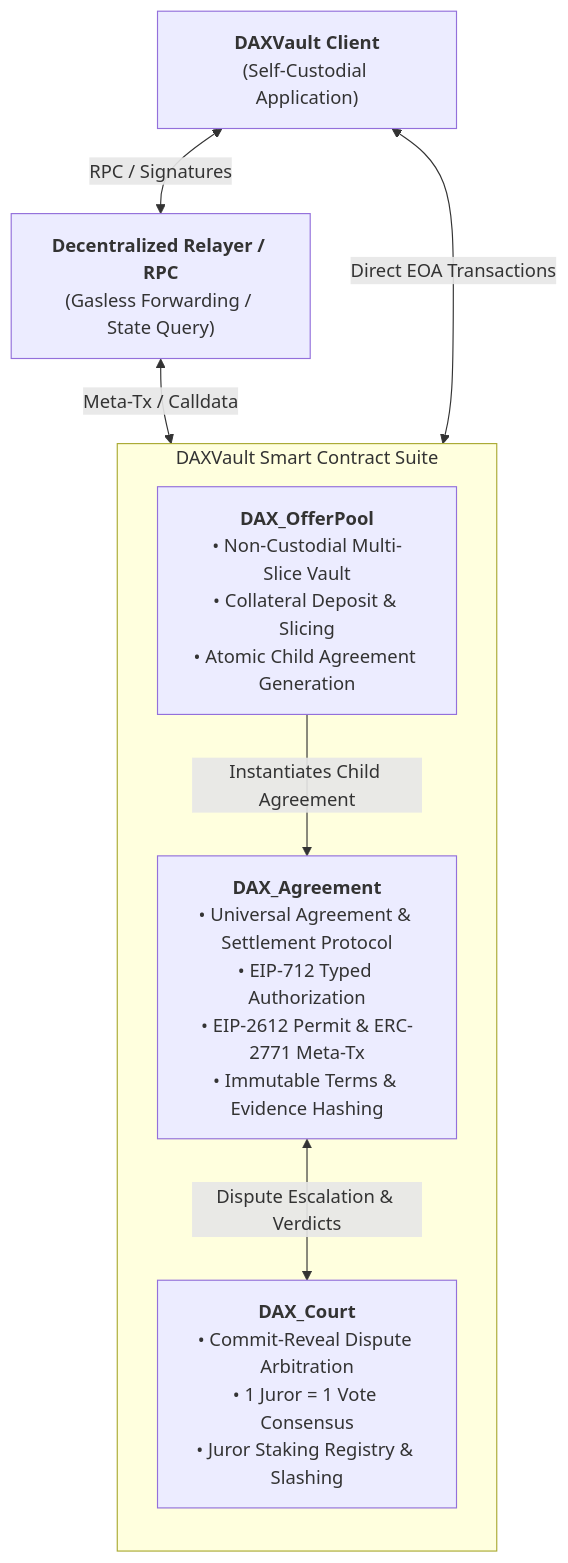
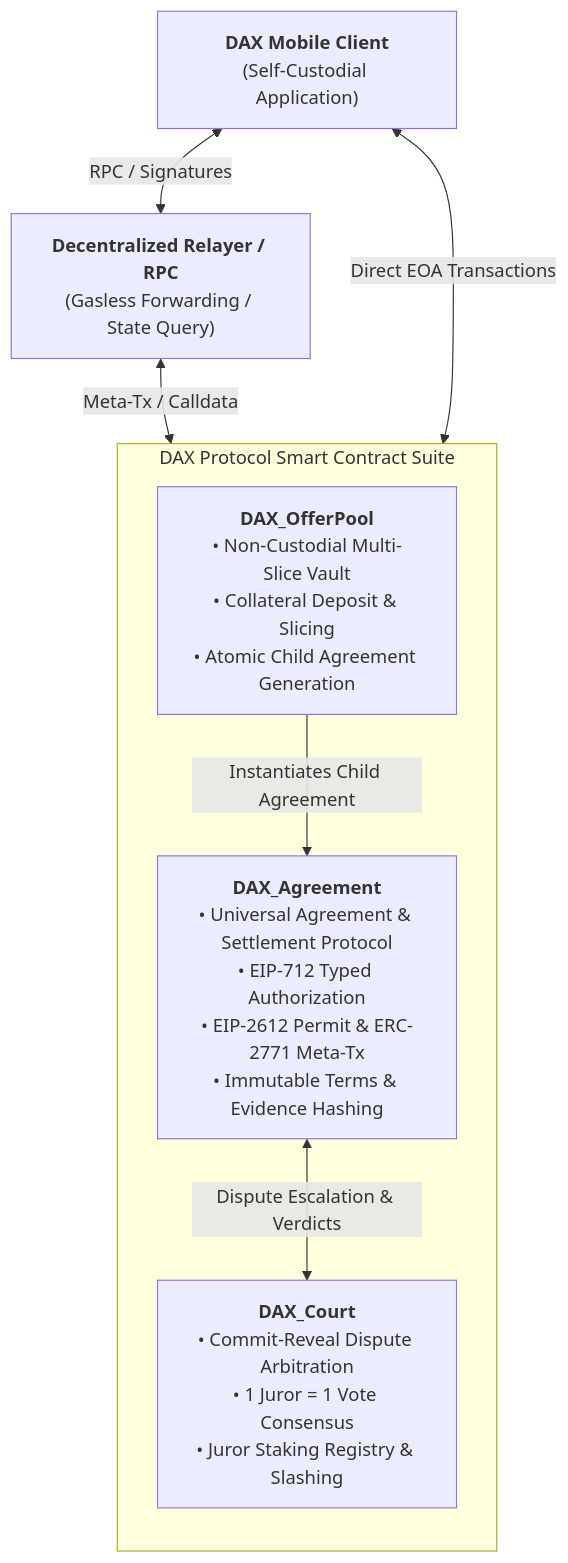
One commit to DAX-Vault/dax-contracts changed the first of 2 diagrams in README.md. Above: the diagram before and after it, drawn with Mermaid. The commit also changed other lines of this file and 1 other file, not shown here.

Commit message:
docs: rebrand all DAXVault occurrences to DAX Protocol in README and PRIVACY_POLICY

````diff
--- a/README.md
+++ b/README.md
@@ -49,19 +49,19 @@
 ```mermaid
 flowchart TD
-    subgraph Core ["DAXVault Smart Contract Suite"]
+    subgraph Core ["DAX Protocol Smart Contract Suite"]
         direction TB
         OP["<b>DAX_OfferPool</b><br/>• Non-Custodial Multi-Slice Vault<br/>• Collateral Deposit & Slicing<br/>• Atomic Child Agreement Generation"]
         AG["<b>DAX_Agreement</b><br/>• Universal Agreement & Settlement Protocol<br/>• EIP-712 Typed Authorization<br/>• EIP-2612 Permit & ERC-2771 Meta-Tx<br/>• Immutable Terms & Evidence Hashing"]
         CT["<b>DAX_Court</b><br/>• Commit-Reveal Dispute Arbitration<br/>• 1 Juror = 1 Vote Consensus<br/>• Juror Staking Registry & Slashing"]
         
         OP -->|Instantiates Child Agreement| AG
         AG <-->|Dispute Escalation & Verdicts| CT
     end
 
-    Client["<b>DAXVault Client</b><br/>(Self-Custodial Application)"]
+    Client["<b>DAX Mobile Client</b><br/>(Self-Custodial Application)"]
     Relay["<b>Decentralized Relayer / RPC</b><br/>(Gasless Forwarding / State Query)"]
 
     Client <-->|RPC / Signatures| Relay
     Relay <-->|Meta-Tx / Calldata| AG
     Client <-->|Direct EOA Transactions| Core
 ```
````
